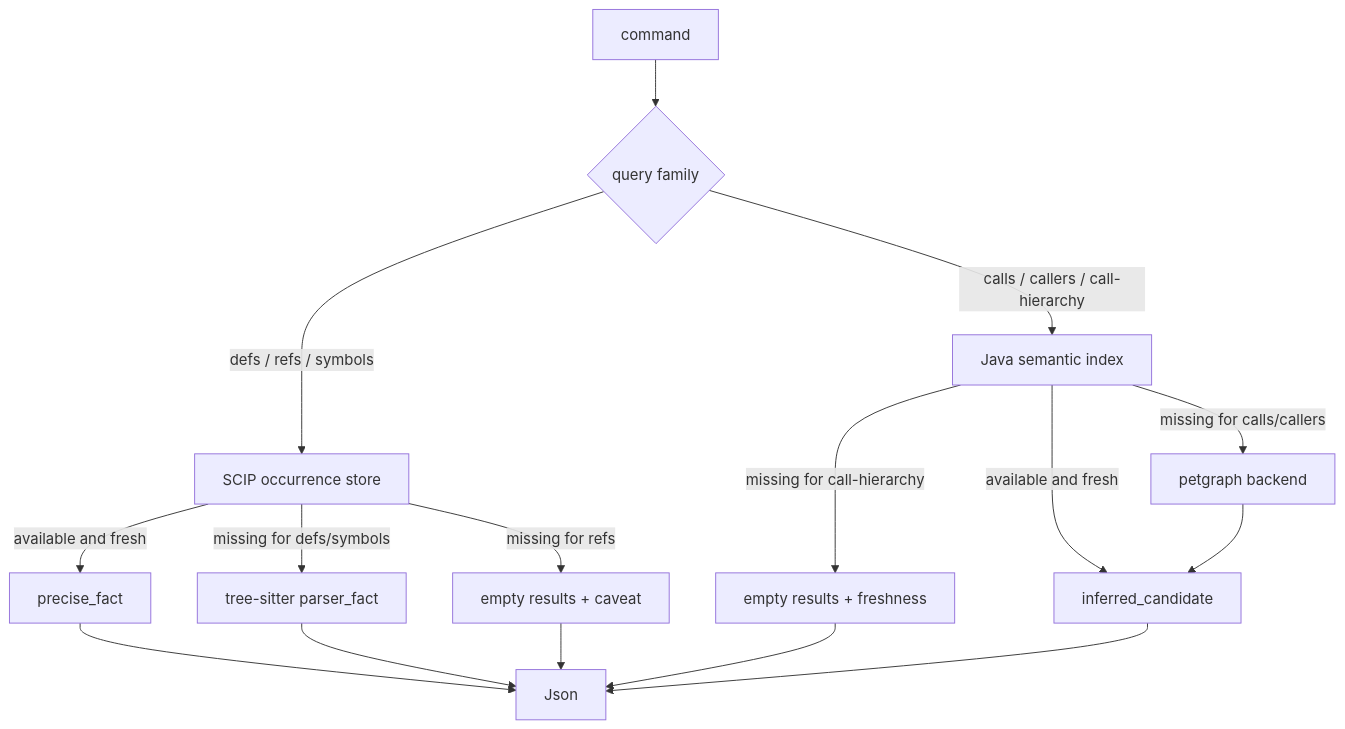
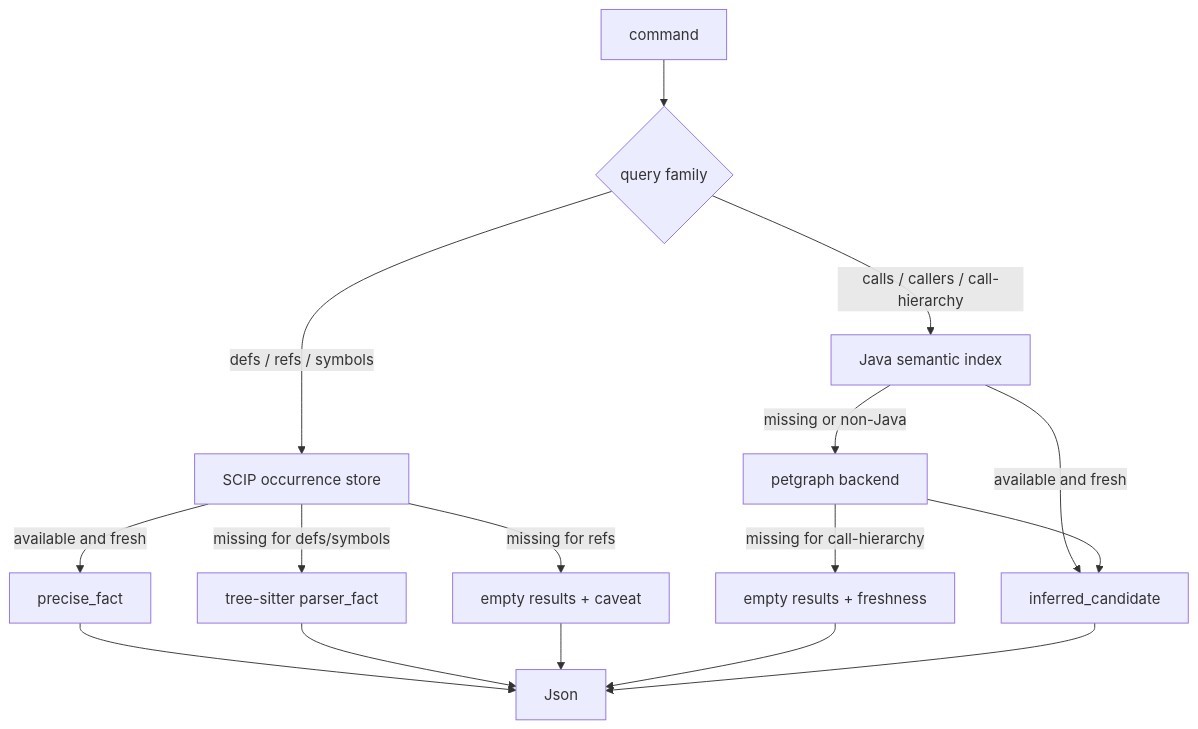
Before and after one commit to mars167/CodeTrail: the third of 6 diagrams in docs/01-architecture.md, drawn with Mermaid. The commit also changed other lines of this file and 12 other files, not shown here.

Commit message:
feat: add graph-backed multi-language call hierarchy

````diff
--- a/docs/01-architecture.md
+++ b/docs/01-architecture.md
@@ -62,21 +62,21 @@
 ```mermaid
 flowchart TD
   Cmd["command"] --> Kind{"query family"}
 
   Kind -->|defs / refs / symbols| Scip["SCIP occurrence store"]
   Scip -->|available and fresh| Precise["precise_fact"]
   Scip -->|missing for defs/symbols| Fallback["tree-sitter parser_fact"]
   Scip -->|missing for refs| Reject["empty results + caveat"]
 
   Kind -->|calls / callers / call-hierarchy| JavaSem["Java semantic index"]
   JavaSem -->|available and fresh| Candidate["inferred_candidate"]
-  JavaSem -->|missing for calls/callers| Graph["petgraph backend"]
-  JavaSem -->|missing for call-hierarchy| RejectHierarchy["empty results + freshness"]
+  JavaSem -->|missing or non-Java| Graph["petgraph backend"]
+  Graph -->|missing for call-hierarchy| RejectHierarchy["empty results + freshness"]
   Graph --> Candidate
 
   Precise --> Json
   Fallback --> Json
   Reject --> Json
   RejectHierarchy --> Json
   Candidate --> Json
 ```
````
